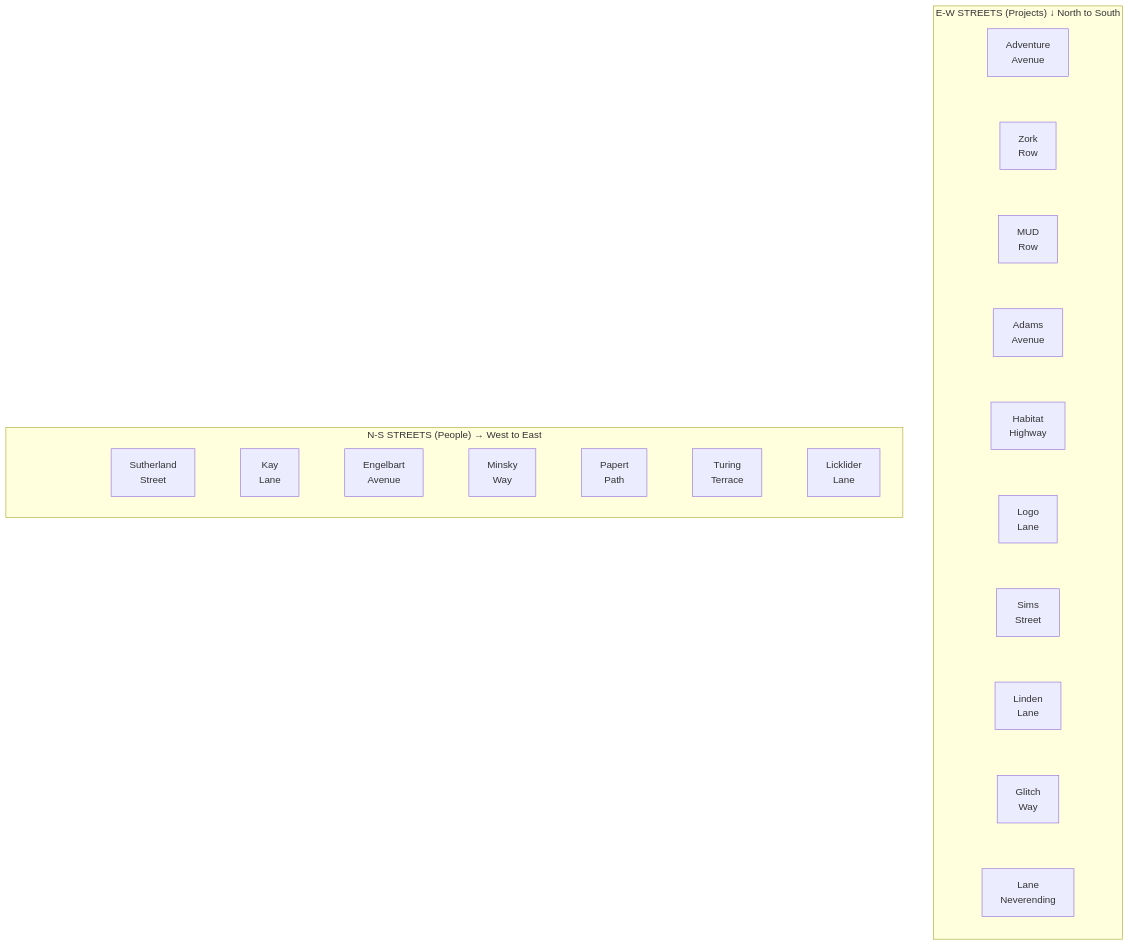
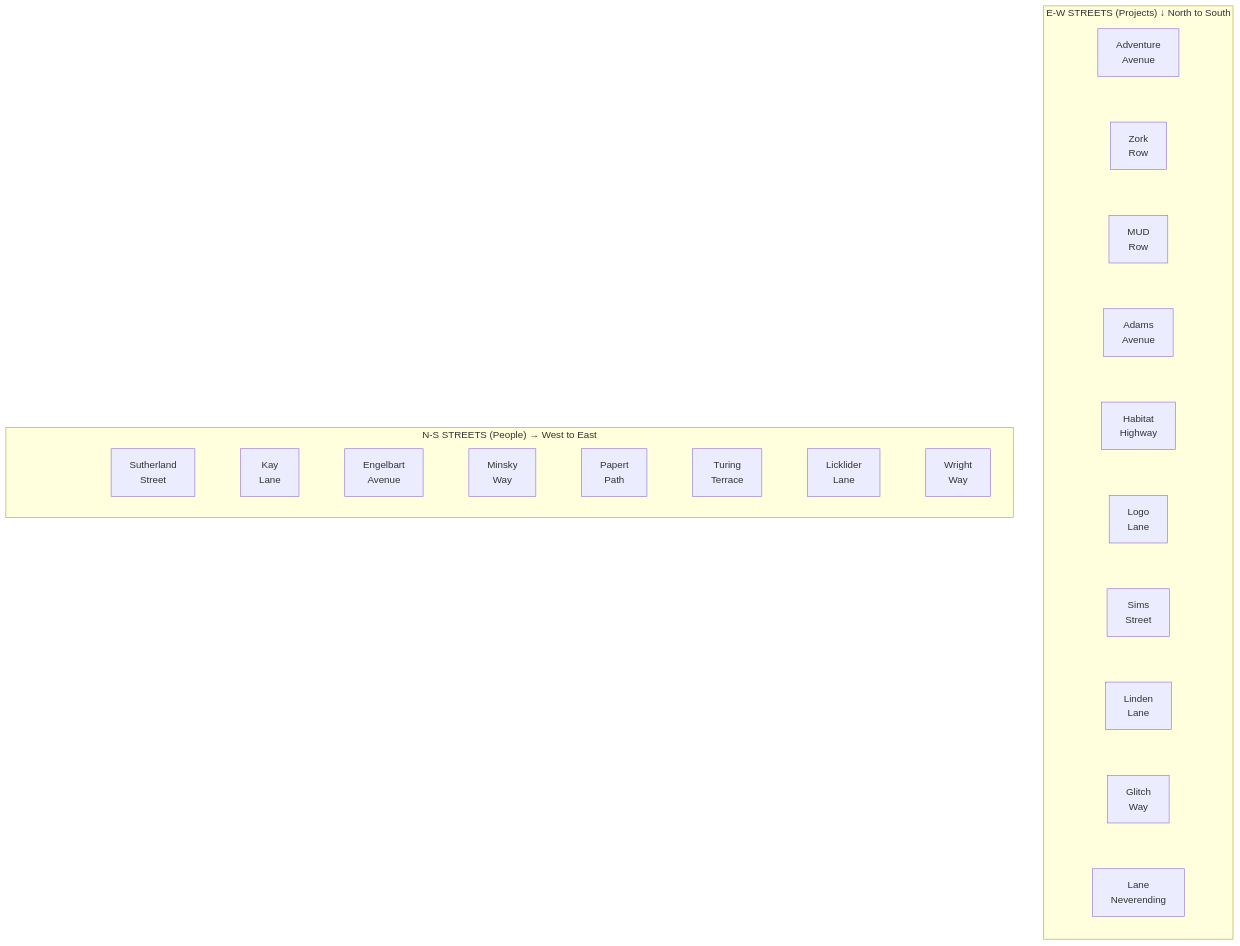
One commit to SimHacker/moollm changed the diagram in examples/adventure-4/street/README.md. Above: the diagram before and after it, drawn with Mermaid. The commit also changed other lines of this file, not shown here.

Commit message:
Add Wright Way — Will Wright (SimCity, The Sims, Spore) W-W alliteration

````diff
--- a/examples/adventure-4/street/README.md
+++ b/examples/adventure-4/street/README.md
@@ -11,29 +11,30 @@
 ```mermaid
 flowchart TB
     subgraph EW["E-W STREETS (Projects) ↓ North to South"]
         direction TB
         Adv["Adventure<br>Avenue"] ~~~ Zork["Zork<br>Row"]
         Zork ~~~ MUD["MUD<br>Row"]
         MUD ~~~ Adams["Adams<br>Avenue"]
         Adams ~~~ Hab["Habitat<br>Highway"]
         Hab ~~~ Logo["Logo<br>Lane"]
         Logo ~~~ Sims["Sims<br>Street"]
         Sims ~~~ Linden["Linden<br>Lane"]
         Linden ~~~ Glitch["Glitch<br>Way"]
         Glitch ~~~ Lane["Lane<br>Neverending"]
     end
     
     subgraph NS["N-S STREETS (People) → West to East"]
         direction LR
         space2[" "]
         space2 ~~~ Suth["Sutherland<br>Street"]
         Suth ~~~ Kay["Kay<br>Lane"]
         Kay ~~~ Eng["Engelbart<br>Avenue"]
         Eng ~~~ Min["Minsky<br>Way"]
         Min ~~~ Pap["Papert<br>Path"]
         Pap ~~~ Tur["Turing<br>Terrace"]
         Tur ~~~ Lic["Licklider<br>Lane"]
+        Lic ~~~ Wri["Wright<br>Way"]
     end
     
     style space2 fill:none,stroke:none
 ```
````
